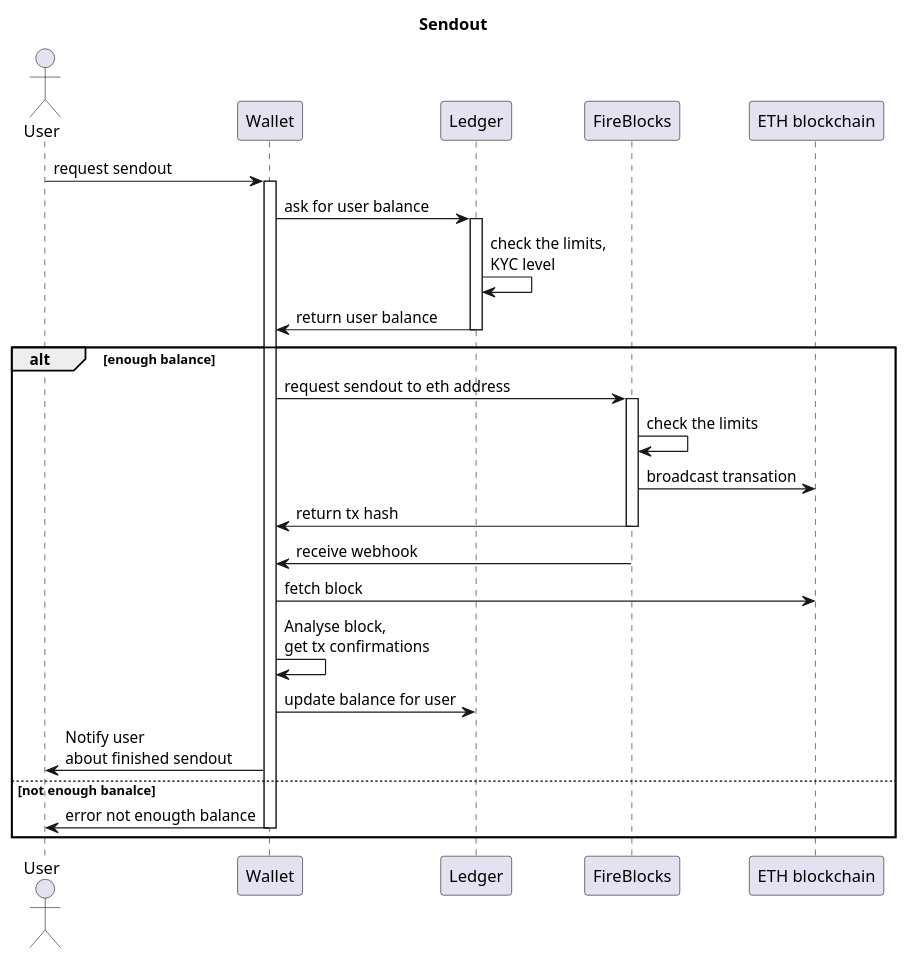
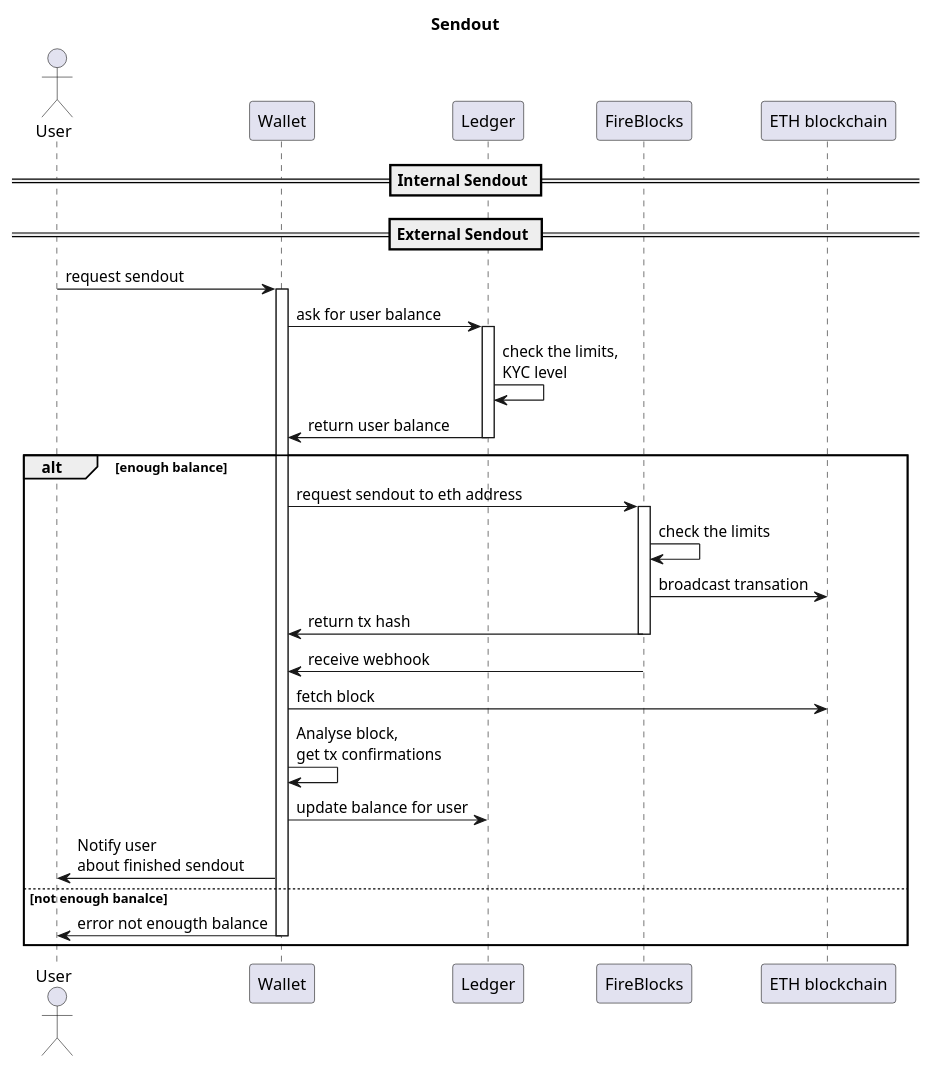
One commit to localtradersteam/Sequense-Diagrams changed the diagram in sendout_sequence.puml. Above: the diagram before and after it, drawn with PlantUML. The commit also changed 1 other file, not shown here.

```diff
--- a/sendout_sequence.puml
+++ b/sendout_sequence.puml
@@ -1,32 +1,37 @@
 @startuml
 
 title "Sendout"
 
 actor "User" as u
 
 participant "Wallet" as wallet
 participant "Ledger" as ledger
 participant "FireBlocks" as fb
 participant "ETH blockchain" as eb
 
+
+== Internal Sendout ==
+
+
+== External Sendout ==
 u -> wallet ++: request sendout
 wallet -> ledger++: ask for user balance
 ledger -> ledger : check the limits,\nKYC level
 ledger -> wallet--: return user balance
 
 alt enough balance
 wallet -> fb++: request sendout to eth address
 fb -> fb : check the limits
 fb -> eb: broadcast transation
 fb -> wallet--: return tx hash
 
 fb -> wallet: receive webhook
 wallet -> eb: fetch block
 wallet -> wallet: Analyse block,\nget tx confirmations
 wallet -> ledger: update balance for user
 wallet -> u: Notify user\nabout finished sendout
 else not enough banalce
 wallet -> u--: error not enougth balance
 end group
 
 @enduml
```
